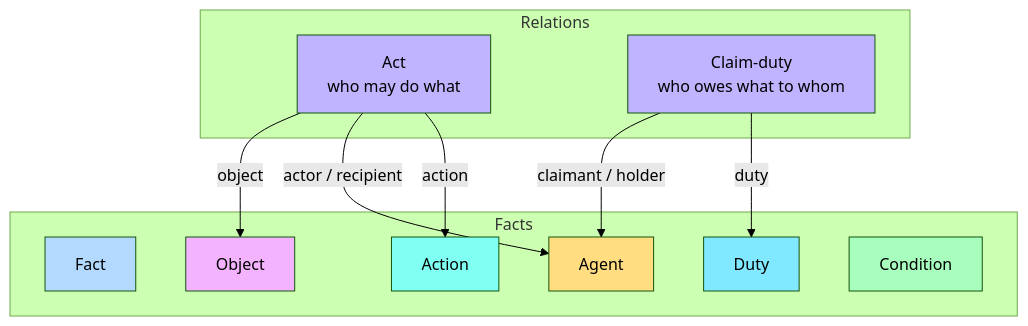
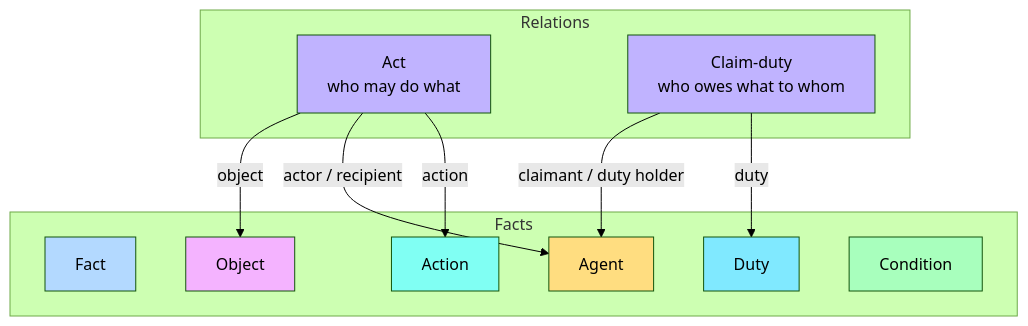
One commit to sgort/iou-architectuur changed the diagram in docs/en/norm-editor/features/flint-frame-model.md. Above: the diagram before and after it, drawn with Mermaid (forest theme). The commit also changed other lines of this file and 33 other files, not shown here.

````diff
--- a/docs/en/norm-editor/features/flint-frame-model.md
+++ b/docs/en/norm-editor/features/flint-frame-model.md
@@ -11,30 +15,30 @@
 ```mermaid
 graph TB
     subgraph "Relations"
         ACT[Act<br/>who may do what]
         CD[Claim-duty<br/>who owes what to whom]
     end
     subgraph "Facts"
         FACT[Fact]
         AGENT[Agent]
         ACTION[Action]
         OBJECT[Object]
         DUTY[Duty]
         COND[Condition]
     end
 
     ACT -->|action| ACTION
     ACT -->|actor / recipient| AGENT
     ACT -->|object| OBJECT
     CD -->|duty| DUTY
-    CD -->|claimant / holder| AGENT
+    CD -->|claimant / duty holder| AGENT
 
     style ACT fill:#c0b3ff
     style CD fill:#c0b3ff
     style FACT fill:#b3d9ff
     style AGENT fill:#ffdd80
     style ACTION fill:#80fff3
     style OBJECT fill:#f4b3ff
     style DUTY fill:#80e9ff
     style COND fill:#a8ffbd
 ```
````
